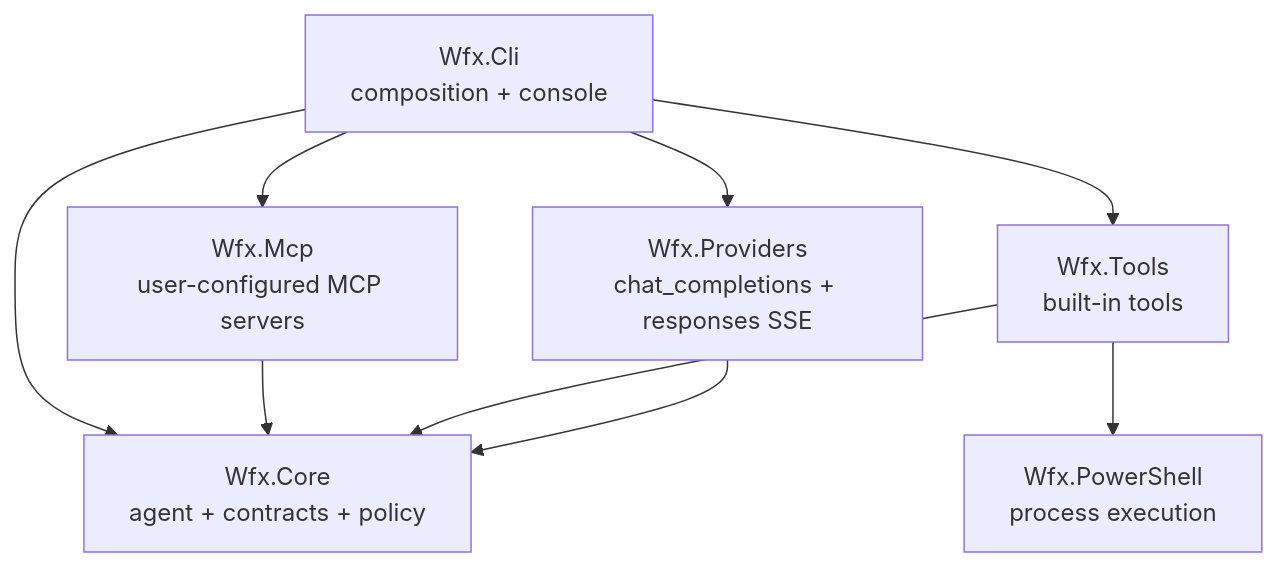
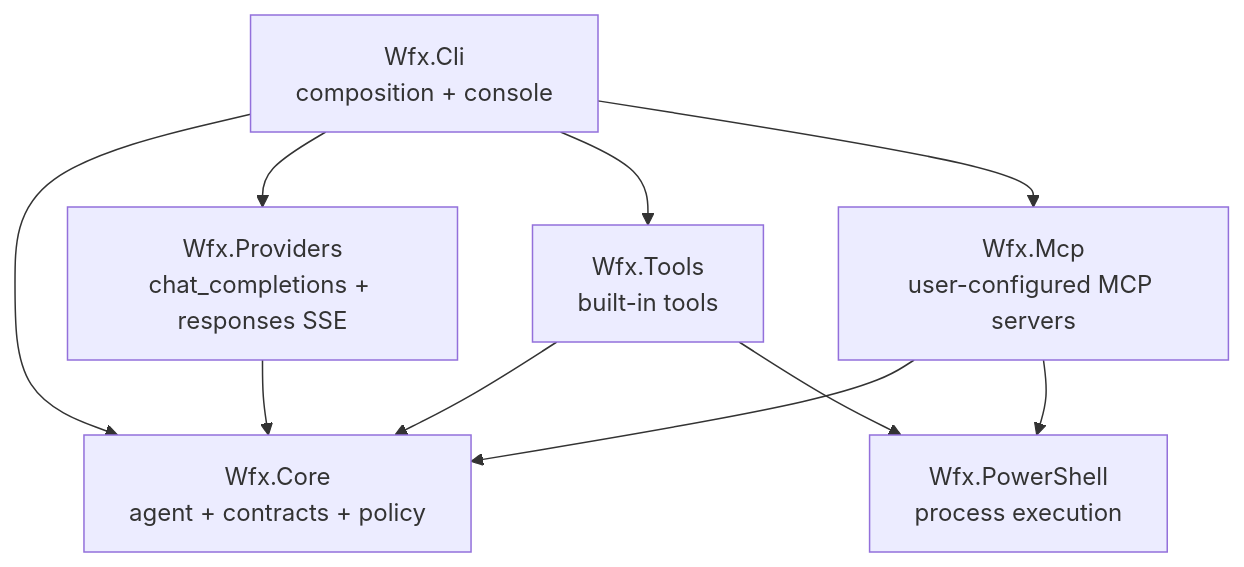
One commit to perezdap/wfx changed the first of 2 diagrams in docs/architecture.md. Above: the diagram before and after it, drawn with Mermaid. The commit also changed other lines of this file and 1 other file, not shown here.

Commit message:
docs: address accuracy review findings (quiet+json warnings, MCP graph edge, seam placement)

````diff
--- a/docs/architecture.md
+++ b/docs/architecture.md
@@ -9,11 +9,12 @@
 ```mermaid
 flowchart TD
     CLI["Wfx.Cli\ncomposition + console"] --> Core["Wfx.Core\nagent + contracts + policy"]
     CLI --> Providers["Wfx.Providers\nchat_completions + responses SSE"]
     CLI --> Tools["Wfx.Tools\nbuilt-in tools"]
     CLI --> Mcp["Wfx.Mcp\nuser-configured MCP servers"]
     Mcp --> Core
     Tools --> Core
     Tools --> PS["Wfx.PowerShell\nprocess execution"]
+    Mcp --> PS
     Providers --> Core
 ```
````
